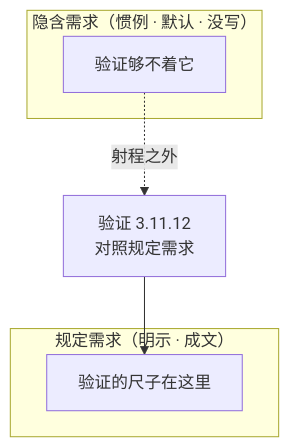
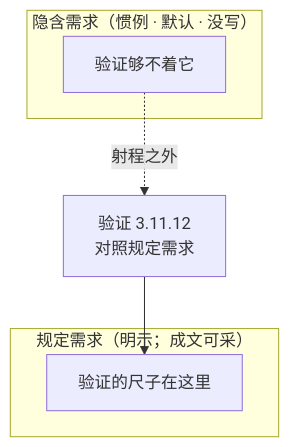
One commit to Yongjunzhou/AOS-system-design changed the diagram in 100-subprojects/01-系统工程研究/03-架构师是个怎样的物种/成书/build/.mmd/ch08-fig02.mmd. Above: the diagram before and after it, drawn with Mermaid. The commit also changed 177 other files, not shown here.

```diff
--- a/100-subprojects/01-系统工程研究/03-架构师是个怎样的物种/成书/build/.mmd/ch08-fig02.mmd
+++ b/100-subprojects/01-系统工程研究/03-架构师是个怎样的物种/成书/build/.mmd/ch08-fig02.mmd
@@ -1,9 +1,9 @@
 flowchart TB
-    subgraph 规定["规定需求（明示 · 成文）"]
+    subgraph 规定["规定需求（明示；成文可采）"]
         D["验证的尺子在这里"]
     end
     subgraph 隐含["隐含需求（惯例 · 默认 · 没写）"]
         H["验证够不着它"]
     end
     V["验证 3.11.12<br/>对照规定需求"] --> D
     H -.->|"射程之外"| V
```
